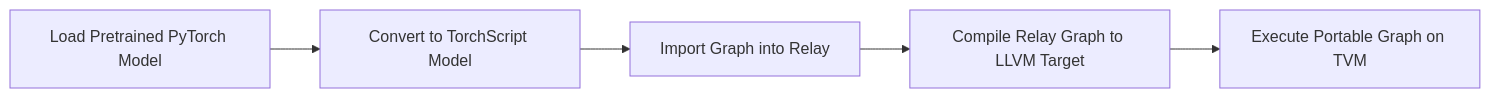
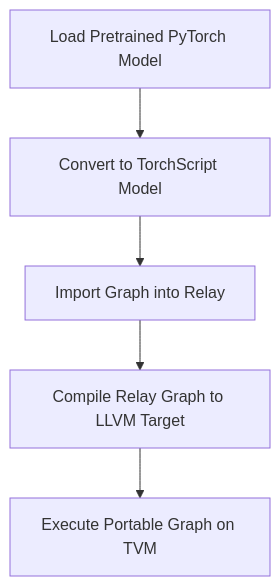
Before and after one commit to gatepoet/LLM-Guide: the second of 4 diagrams in README.md, drawn with Mermaid. The commit also changed other lines of this file, not shown here.

````diff
--- a/README.md
+++ b/README.md
@@ -42,7 +42,7 @@
 ```mermaid
-graph LR
-A[Load Pretrained PyTorch Model] --> B[Convert to TorchScript Model]
-B --> C[Import Graph into Relay]
-C --> D[Compile Relay Graph to LLVM Target]
-D --> E[Execute Portable Graph on TVM]
+    graph
+    A[Load Pretrained PyTorch Model] --> B[Convert to TorchScript Model]
+    B --> C[Import Graph into Relay]
+    C --> D[Compile Relay Graph to LLVM Target]
+    D --> E[Execute Portable Graph on TVM]
 ```
````
